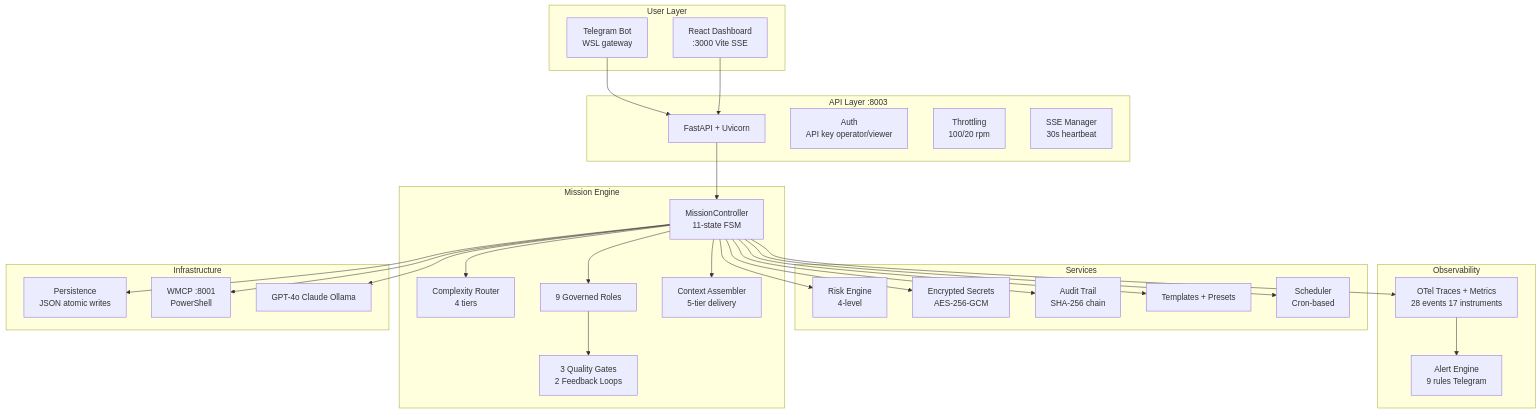
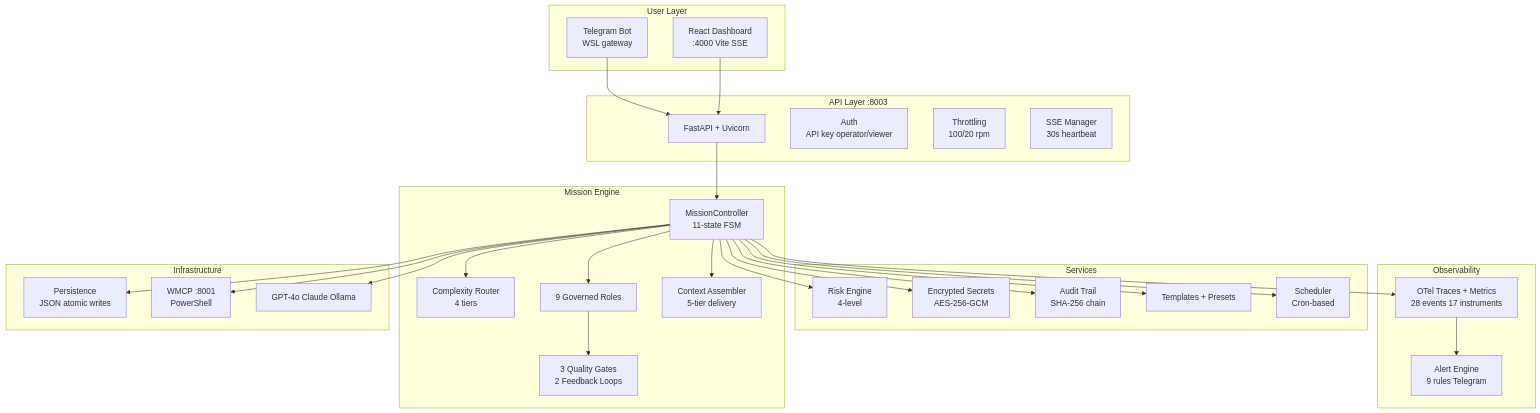
One commit to ahmetcagriakca/openclaw-local-agent-runtime changed the diagram in README.md. Above: the diagram before and after it, drawn with Mermaid. The commit also changed other lines of this file and 10 other files, not shown here.

````diff
--- a/README.md
+++ b/README.md
@@ -18,59 +18,59 @@
 ```mermaid
 graph TB
     subgraph User["User Layer"]
         TG["Telegram Bot\nWSL gateway"]
-        UI["React Dashboard\n:3000 Vite SSE"]
+        UI["React Dashboard\n:4000 Vite SSE"]
     end
 
     subgraph API["API Layer :8003"]
         FA["FastAPI + Uvicorn"]
         AUTH["Auth\nAPI key operator/viewer"]
         THR["Throttling\n100/20 rpm"]
         SSE["SSE Manager\n30s heartbeat"]
     end
 
     subgraph Engine["Mission Engine"]
         MC["MissionController\n11-state FSM"]
         CR["Complexity Router\n4 tiers"]
         ROLES["9 Governed Roles"]
         GATES["3 Quality Gates\n2 Feedback Loops"]
         CTX["Context Assembler\n5-tier delivery"]
     end
 
     subgraph Services["Services"]
         RISK["Risk Engine\n4-level"]
         SEC["Encrypted Secrets\nAES-256-GCM"]
         AUDIT["Audit Trail\nSHA-256 chain"]
         TMPL["Templates + Presets"]
         SCHED["Scheduler\nCron-based"]
     end
 
     subgraph Obs["Observability"]
         OTEL["OTel Traces + Metrics\n28 events 17 instruments"]
         ALERT["Alert Engine\n9 rules Telegram"]
     end
 
     subgraph Infra["Infrastructure"]
         STORE["Persistence\nJSON atomic writes"]
         MCP["WMCP :8001\nPowerShell"]
         LLM["GPT-4o Claude Ollama"]
     end
 
     TG --> FA
     UI --> FA
     FA --> MC
     MC --> CR
     MC --> ROLES
     ROLES --> GATES
     MC --> CTX
     MC --> RISK
     MC --> SEC
     MC --> AUDIT
     MC --> TMPL
     MC --> SCHED
     MC --> OTEL
     OTEL --> ALERT
     MC --> MCP
     MC --> LLM
     MC --> STORE
 ```
````
